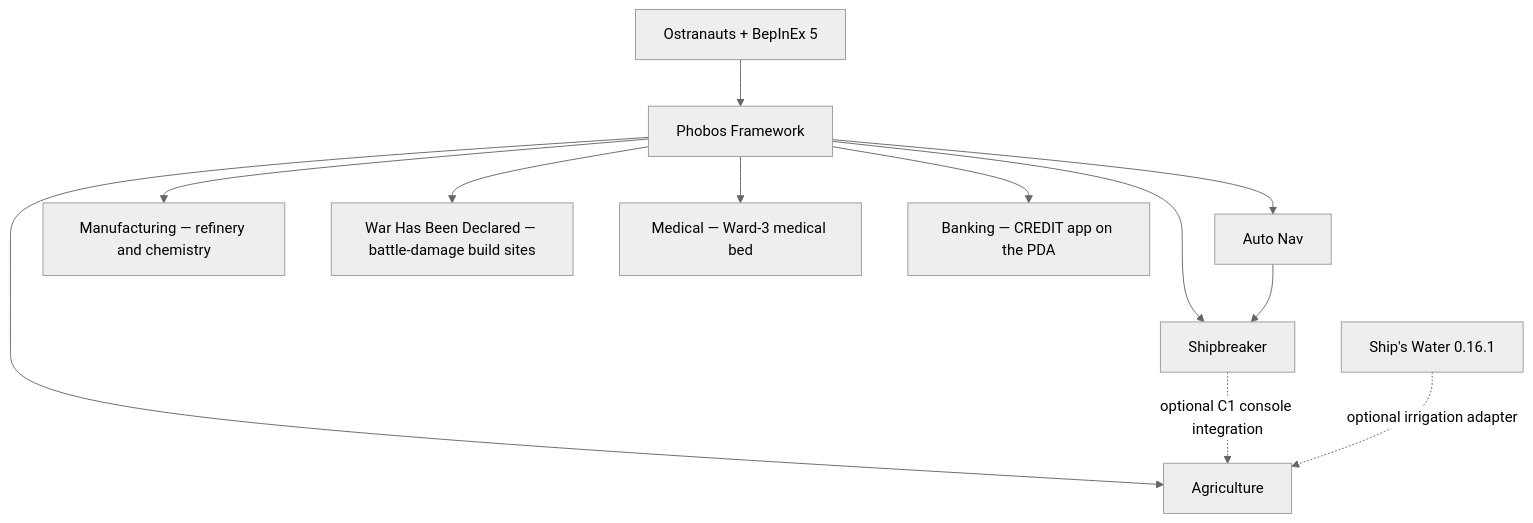
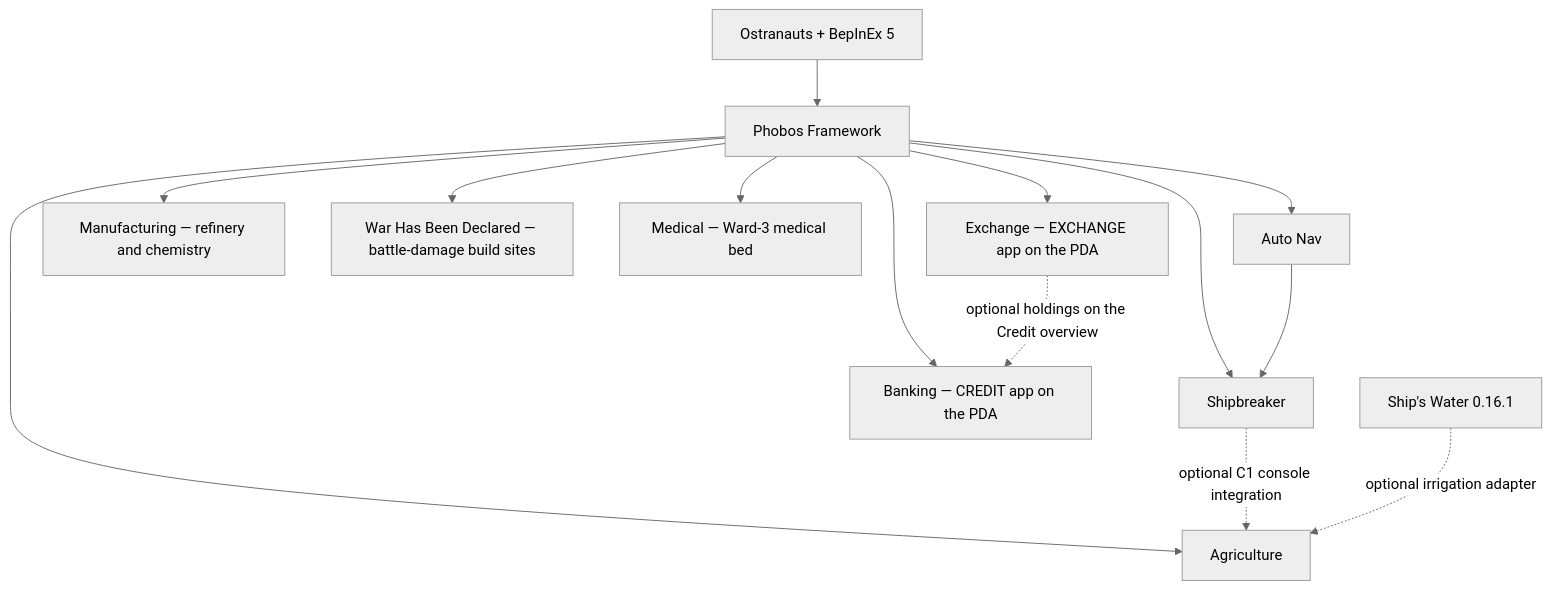
Before and after one commit to phobos-dthorga/phobos-ostranauts: the diagram in README.md, drawn with Mermaid (neutral theme). The commit also changed other lines of this file and 78 other files, not shown here.

````diff
--- a/README.md
+++ b/README.md
@@ -54,14 +55,16 @@
 ```mermaid
 flowchart TD
     Game["Ostranauts + BepInEx 5"] --> Framework["Phobos Framework"]
     Framework --> Shipbreaker["Shipbreaker"]
     Framework --> AutoNav["Auto Nav"]
     AutoNav --> Shipbreaker
     Framework --> Agriculture["Agriculture"]
     Framework --> Manufacturing["Manufacturing — refinery and chemistry"]
     Framework --> WarDeclared["War Has Been Declared — battle-damage build sites"]
     Framework --> Medical["Medical — Ward-3 medical bed"]
     Framework --> Bank["Banking — CREDIT app on the PDA"]
+    Framework --> Exchange["Exchange — EXCHANGE app on the PDA"]
+    Exchange -. "optional holdings on the Credit overview" .-> Bank
     Shipbreaker -. "optional C1 console integration" .-> Agriculture
     Water["Ship's Water 0.16.1"] -. "optional irrigation adapter" .-> Agriculture
 ```
````
